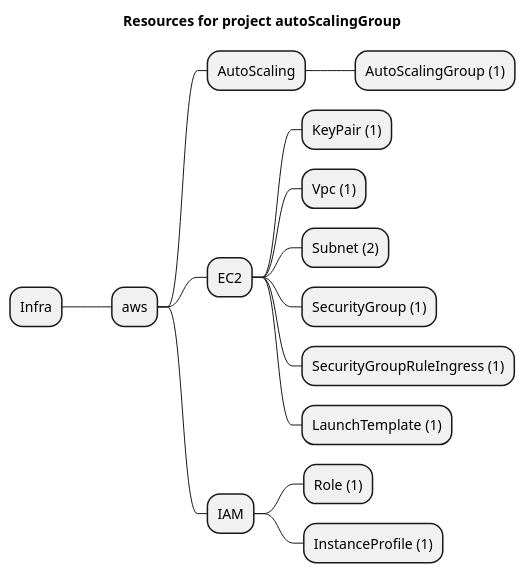
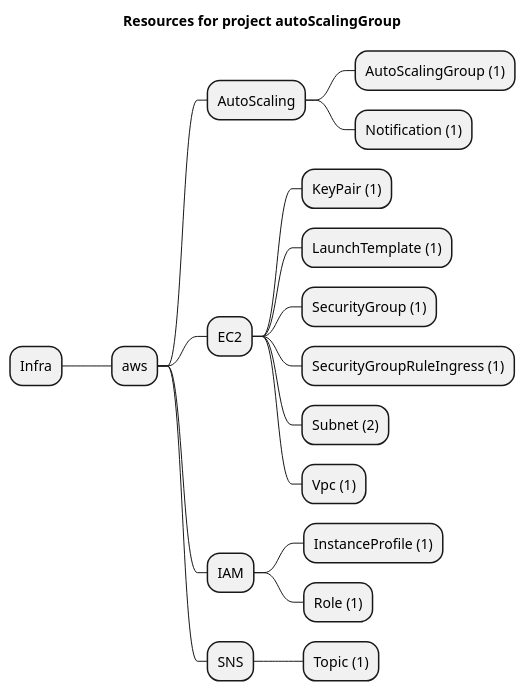
Before and after one commit to grucloud/grucloud: the diagram in examples/aws/AutoScaling/autoScalingGroup/artifacts/resources-mindmap.puml, drawn with PlantUML. The commit also changed 13 other files, not shown here.

```diff
--- a/examples/aws/AutoScaling/autoScalingGroup/artifacts/resources-mindmap.puml
+++ b/examples/aws/AutoScaling/autoScalingGroup/artifacts/resources-mindmap.puml
@@ -1,18 +1,21 @@
 @startmindmap
 title Resources for project autoScalingGroup
 skinparam monochrome true
 + Infra
 ++ aws
 +++ AutoScaling
 ++++ AutoScalingGroup (1)
+++++ Notification (1)
 +++ EC2
 ++++ KeyPair (1)
-++++ Vpc (1)
-++++ Subnet (2)
+++++ LaunchTemplate (1)
 ++++ SecurityGroup (1)
 ++++ SecurityGroupRuleIngress (1)
-++++ LaunchTemplate (1)
+++++ Subnet (2)
+++++ Vpc (1)
 +++ IAM
+++++ InstanceProfile (1)
 ++++ Role (1)
-++++ InstanceProfile (1)
++++ SNS
+++++ Topic (1)
 @endmindmap
```
